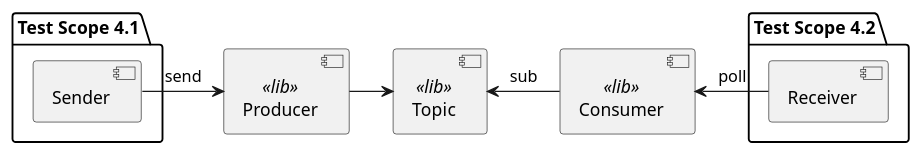
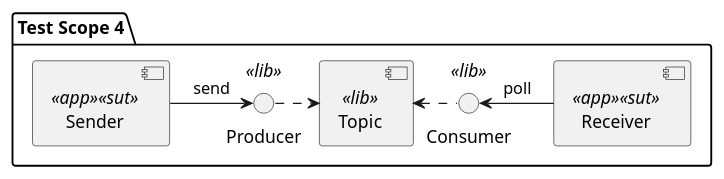
Before and after one commit to eugene-krivosheyev/kafka-testing: diagram 13 of 14 in async-test-design.md, drawn with PlantUML. The commit also changed other lines of this file and 3 other files, not shown here.

````diff
--- a/async-test-design.md
+++ b/async-test-design.md
@@ -291,20 +292,16 @@
 ```plantuml
 @startuml 'https://plantuml.com/ru/component-diagram
+package "Test Scope 4" {
+    component Sender <<app>><<sut>>
+    interface Producer <<lib>>
+    component Topic <<lib>>
+    Sender -> Producer: send
+    interface Consumer <<lib>>
+    component Receiver <<app>><<sut>>
 
-package "Test Scope 4.1" {
-    component Sender
+    Producer .> Topic
+    Topic <. Consumer
+    Consumer <- Receiver: poll
 }
-component Producer <<lib>>
-Sender -> Producer: send
-component Topic <<lib>>
-Producer -> Topic
-component Consumer <<lib>>
-Topic <- Consumer: sub
-package "Test Scope 4.2" {
-    component Receiver
-}
-Consumer <- Receiver: poll
-}
-
 @enduml
 ```
````
